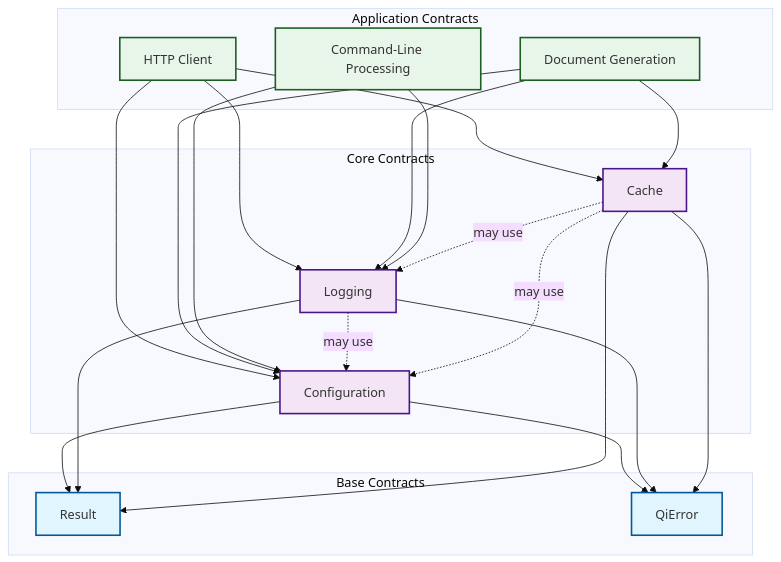
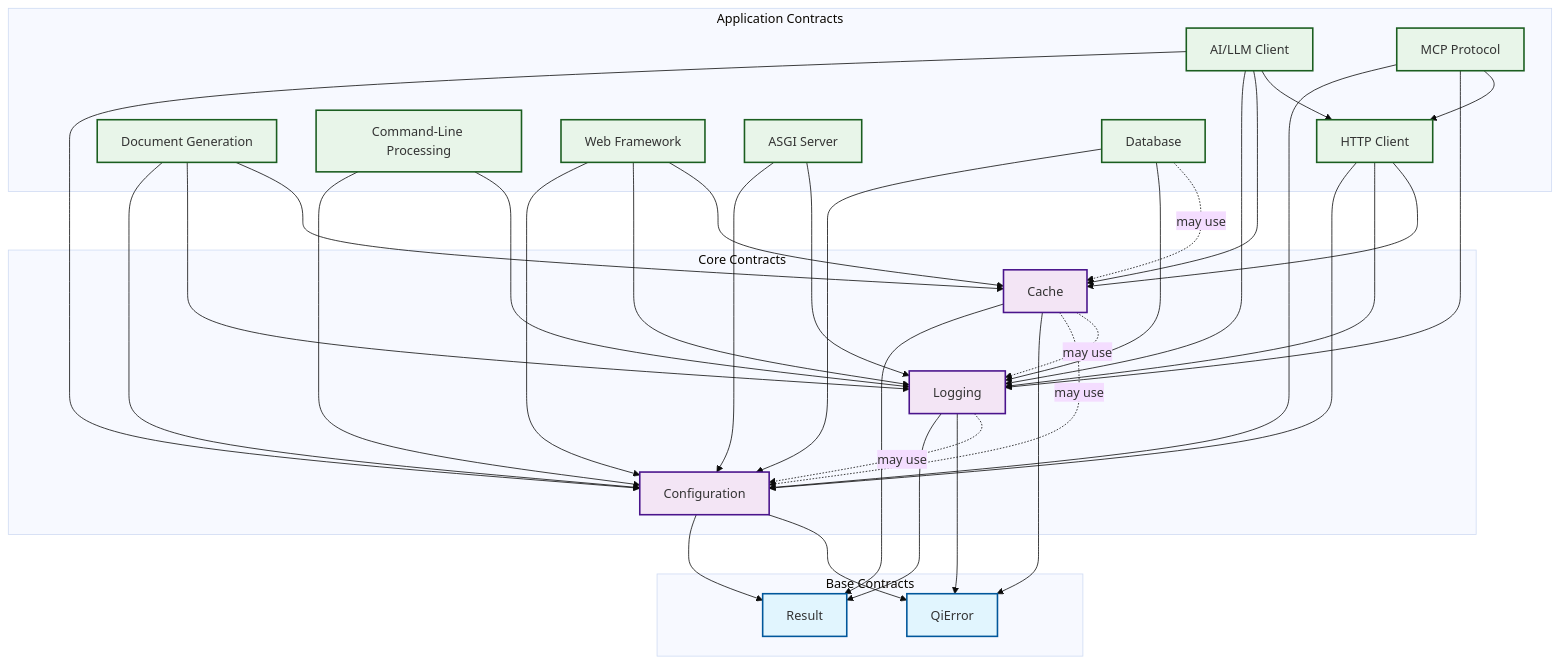
One commit to zhifengzhang-sz/QICORE-V4 changed the diagram in docs/sources/nl/qi.v4.class.contracts.md. Above: the diagram before and after it, drawn with Mermaid (base theme). The commit also changed other lines of this file and 11 other files, not shown here.

````diff
--- a/docs/sources/nl/qi.v4.class.contracts.md
+++ b/docs/sources/nl/qi.v4.class.contracts.md
@@ -55,48 +55,68 @@
 ```mermaid
 graph TD
     subgraph "Application Contracts"
         HTTP[HTTP Client]
         Doc[Document Generation]
         CLP[Command-Line Processing]
+        Web[Web Framework]
+        ASGI[ASGI Server]
+        LLM[AI/LLM Client]
+        MCP[MCP Protocol]
+        DB[Database]
     end
     
     subgraph "Core Contracts"
         Config[Configuration]
         Logger[Logging]
         Cache[Cache]
     end
     
     subgraph "Base Contracts"
         Result[Result<T>]
         QiError[QiError]
     end
     
     HTTP --> Config
     HTTP --> Logger
     HTTP --> Cache
     Doc --> Config
     Doc --> Logger
     Doc --> Cache
     CLP --> Config
     CLP --> Logger
+    Web --> Config
+    Web --> Logger
+    Web --> Cache
+    ASGI --> Config
+    ASGI --> Logger
+    LLM --> Config
+    LLM --> Logger
+    LLM --> Cache
+    LLM --> HTTP
+    MCP --> Config
+    MCP --> Logger
+    MCP --> HTTP
+    DB --> Config
+    DB --> Logger
+    DB -.->|may use| Cache
     
     Config --> Result
     Config --> QiError
     Logger --> Result
     Logger --> QiError
     Cache --> Result
     Cache --> QiError
     
     %% Optional dependencies
     Logger -.->|may use| Config
     Cache -.->|may use| Config
     Cache -.->|may use| Logger
     
     classDef baseClass fill:#e1f5fe,stroke:#01579b,stroke-width:2px
     classDef coreClass fill:#f3e5f5,stroke:#4a148c,stroke-width:2px
     classDef appClass fill:#e8f5e9,stroke:#1b5e20,stroke-width:2px
     
     class Result,QiError baseClass
     class Config,Logger,Cache coreClass
-    class HTTP,Doc,CLP appClass
+    class HTTP,Doc,CLP,Web,ASGI,LLM,MCP,DB appClass
 ```
````
